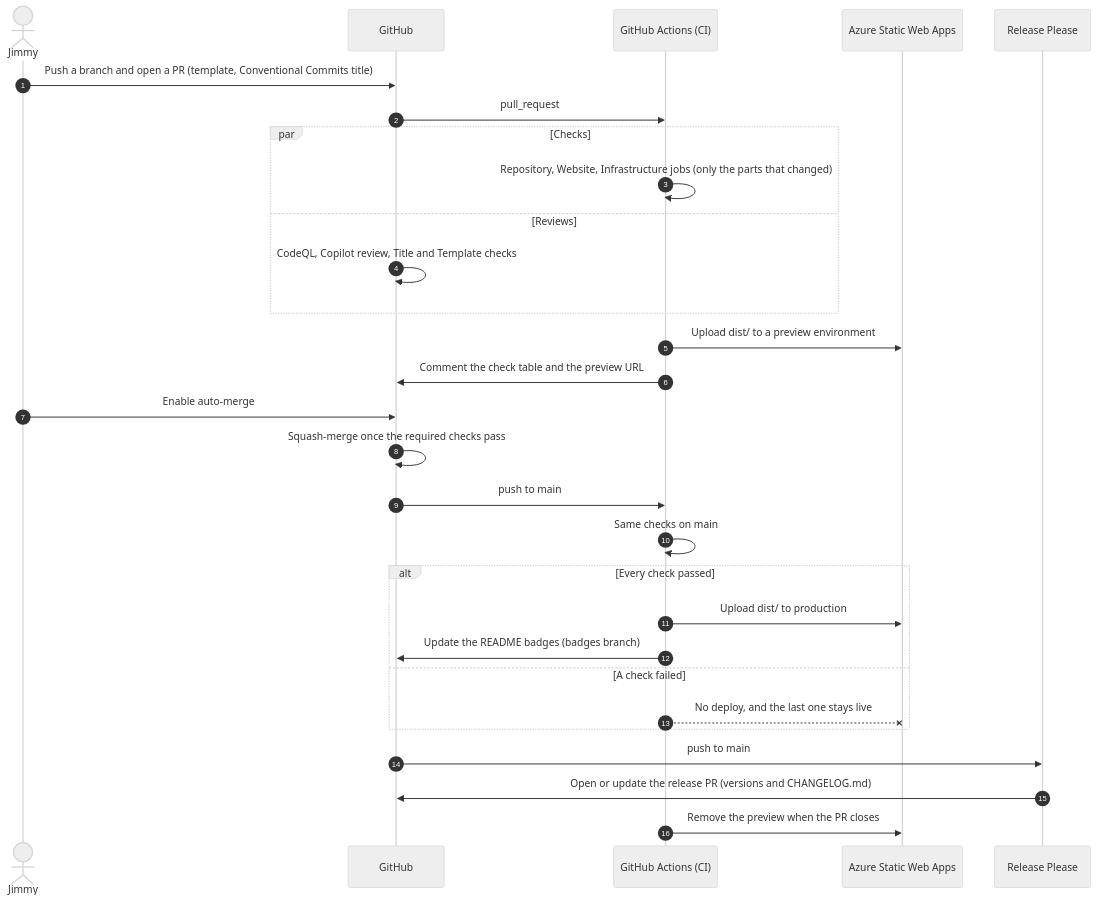
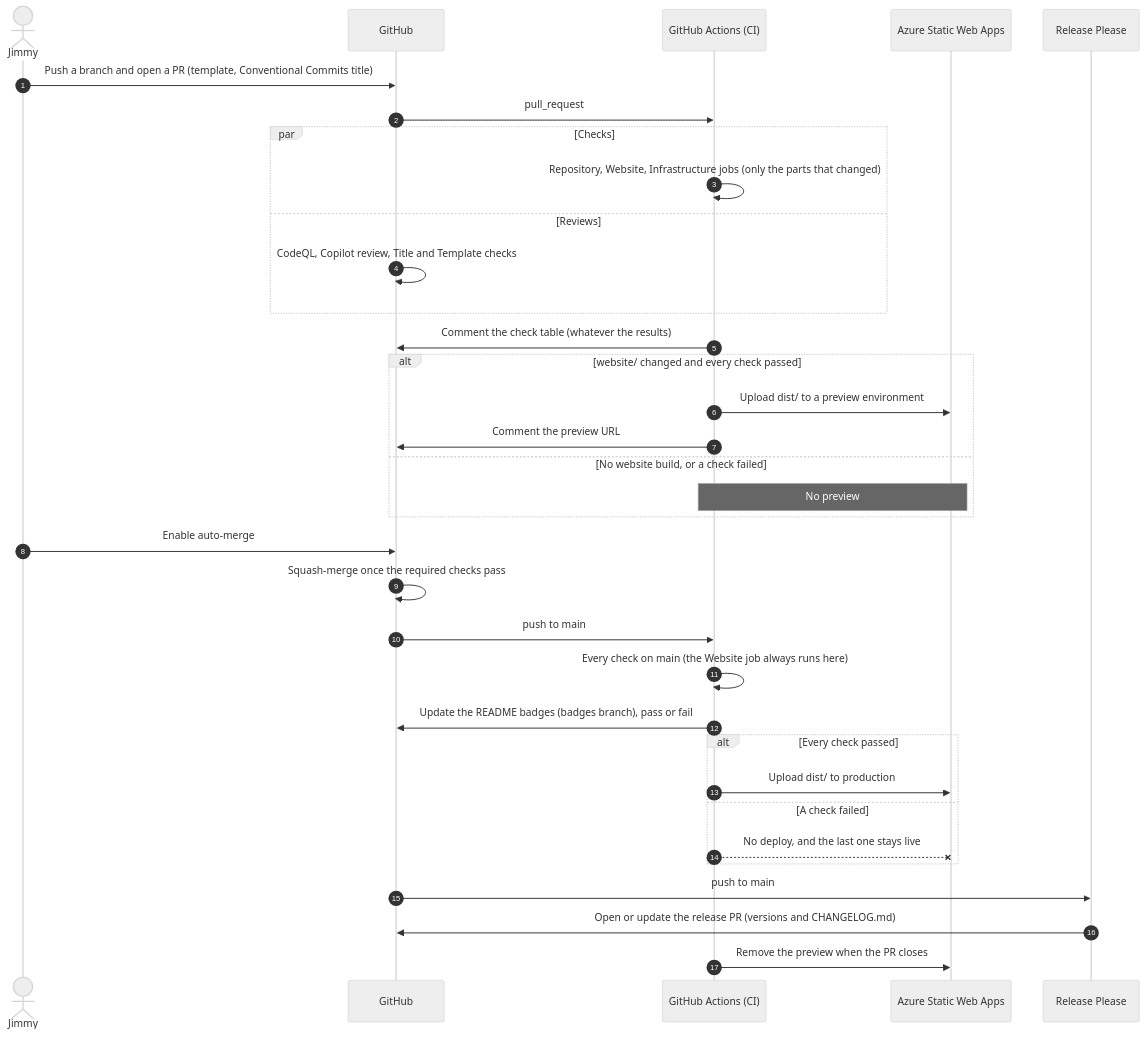
Before and after one commit to jimmykurian/personal-site: the second of 4 diagrams in docs/architecture/flows.md, drawn with Mermaid (neutral theme). The commit also changed 3 other files, not shown here.

````diff
--- a/docs/architecture/flows.md
+++ b/docs/architecture/flows.md
@@ -35,32 +35,37 @@
 ```mermaid
 sequenceDiagram
     autonumber
     actor Jimmy
     participant GH as GitHub
     participant CI as GitHub Actions (CI)
     participant SWA as Azure Static Web Apps
     participant RP as Release Please
 
     Jimmy->>GH: Push a branch and open a PR (template, Conventional Commits title)
     GH->>CI: pull_request
     par Checks
         CI->>CI: Repository, Website, Infrastructure jobs (only the parts that changed)
     and Reviews
         GH->>GH: CodeQL, Copilot review, Title and Template checks
     end
-    CI->>SWA: Upload dist/ to a preview environment
-    CI->>GH: Comment the check table and the preview URL
+    CI->>GH: Comment the check table (whatever the results)
+    alt website/ changed and every check passed
+        CI->>SWA: Upload dist/ to a preview environment
+        CI->>GH: Comment the preview URL
+    else No website build, or a check failed
+        Note over CI,SWA: No preview
+    end
     Jimmy->>GH: Enable auto-merge
     GH->>GH: Squash-merge once the required checks pass
     GH->>CI: push to main
-    CI->>CI: Same checks on main
+    CI->>CI: Every check on main (the Website job always runs here)
+    CI->>GH: Update the README badges (badges branch), pass or fail
     alt Every check passed
         CI->>SWA: Upload dist/ to production
-        CI->>GH: Update the README badges (badges branch)
     else A check failed
         CI--xSWA: No deploy, and the last one stays live
     end
     GH->>RP: push to main
     RP->>GH: Open or update the release PR (versions and CHANGELOG.md)
     CI->>SWA: Remove the preview when the PR closes
 ```
````
